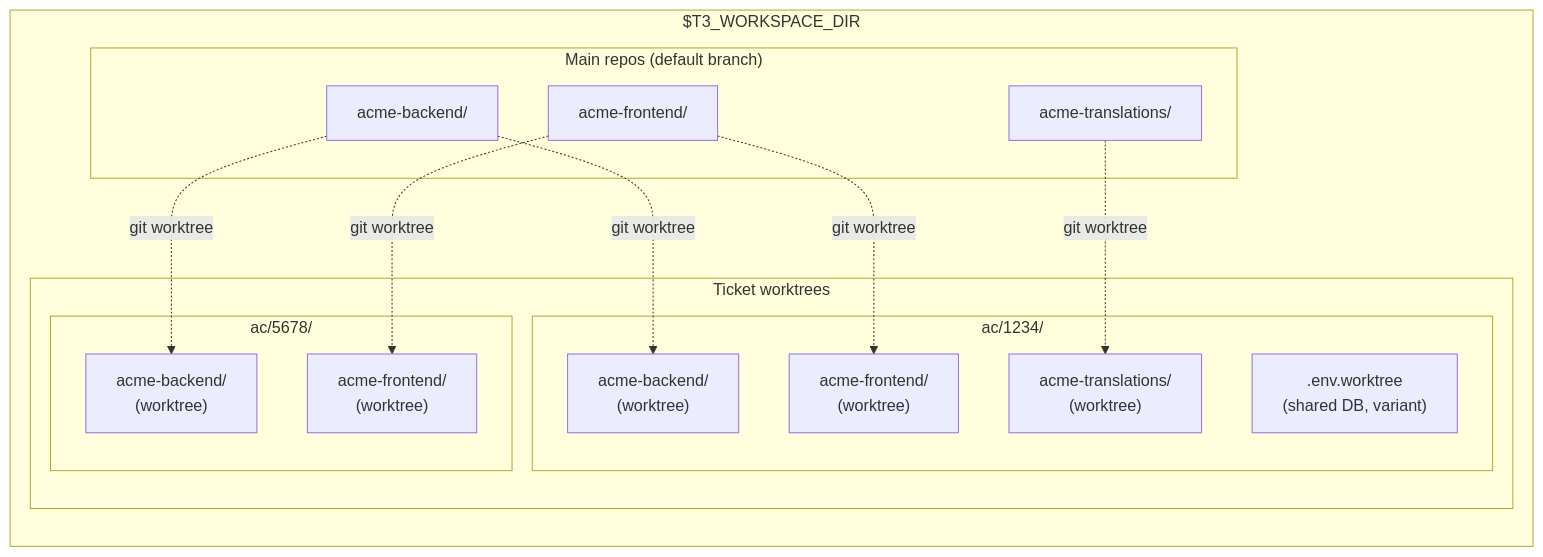
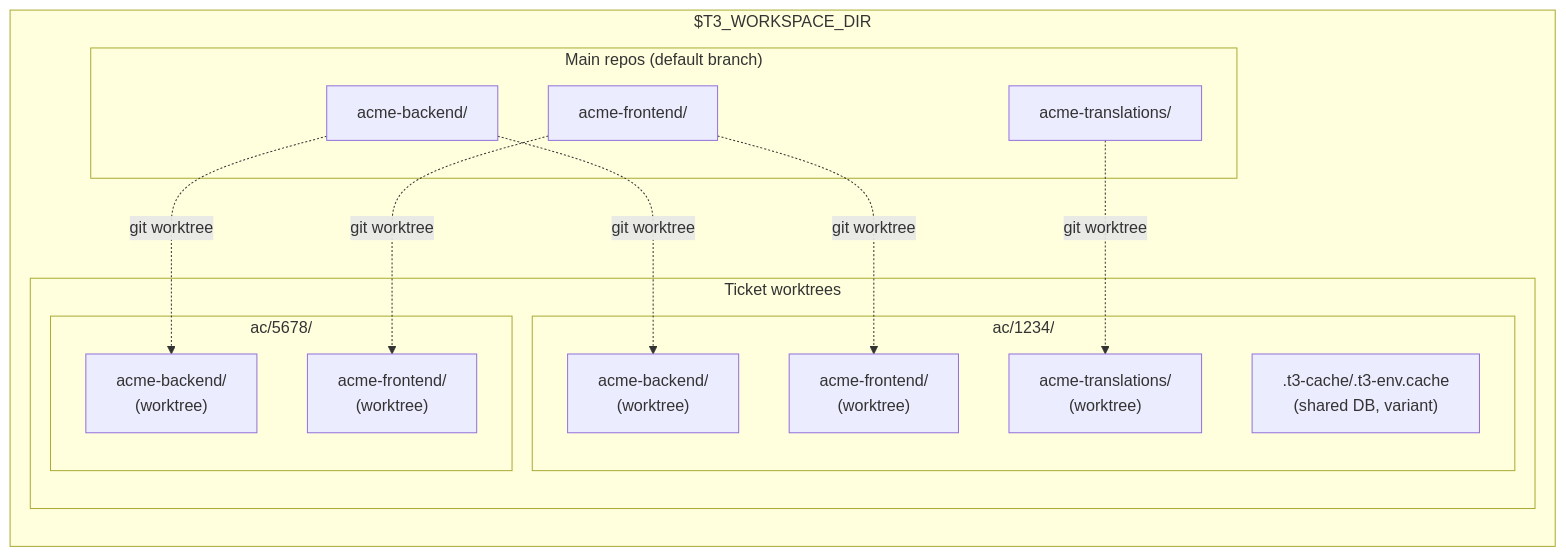
Before and after one commit to souliane/teatree: the first of 2 diagrams in skills/workspace/SKILL.md, drawn with Mermaid. The commit also changed other lines of this file and 6 other files, not shown here.

````diff
--- a/skills/workspace/SKILL.md
+++ b/skills/workspace/SKILL.md
@@ -29,29 +29,29 @@
 ```mermaid
 graph TD
   subgraph "$T3_WORKSPACE_DIR"
     direction TB
     subgraph "Main repos (default branch)"
       main_be["acme-backend/"]
       main_fe["acme-frontend/"]
       main_tr["acme-translations/"]
     end
     subgraph "Ticket worktrees"
       subgraph "ac/1234/"
         wt_be["acme-backend/<br/>(worktree)"]
         wt_fe["acme-frontend/<br/>(worktree)"]
         wt_tr["acme-translations/<br/>(worktree)"]
-        envfile[".env.worktree<br/>(shared DB, variant)"]
+        envfile[".t3-cache/.t3-env.cache<br/>(shared DB, variant)"]
       end
       subgraph "ac/5678/"
         wt2_be["acme-backend/<br/>(worktree)"]
         wt2_fe["acme-frontend/<br/>(worktree)"]
       end
     end
   end
 
   main_be -.->|"git worktree"| wt_be
   main_fe -.->|"git worktree"| wt_fe
   main_tr -.->|"git worktree"| wt_tr
   main_be -.->|"git worktree"| wt2_be
   main_fe -.->|"git worktree"| wt2_fe
 ```
````
